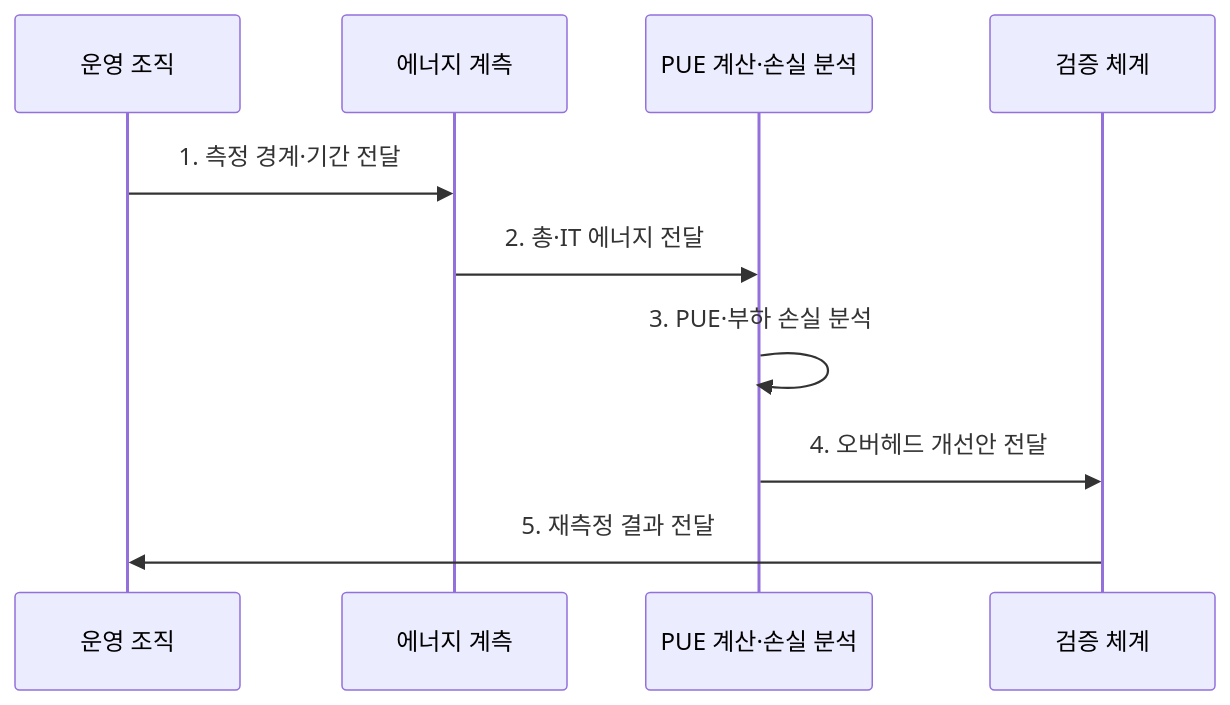
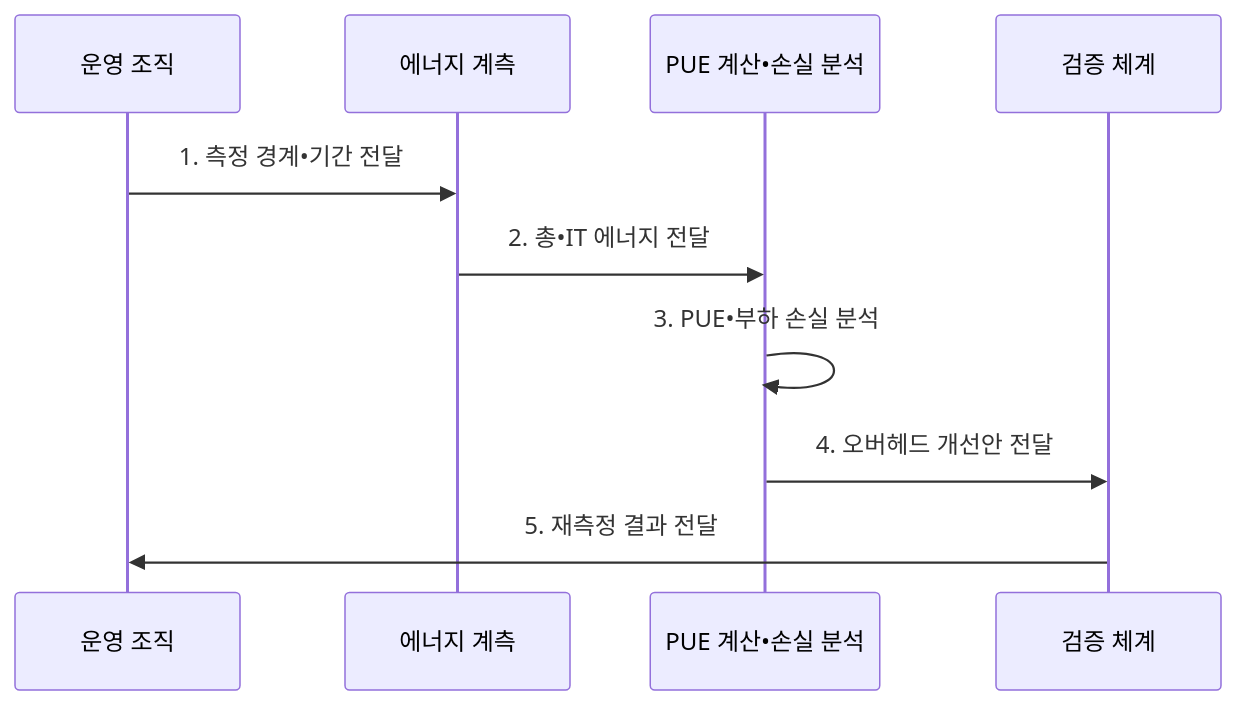
One commit to agnusdei1207/knowledge-base changed the second of 2 diagrams in src/content/docs/notes/08-latest-tech/198_power_usage_effectiveness.md. Above: the diagram before and after it, drawn with Mermaid. The commit also changed other lines of this file and 953 other files, not shown here.

````diff
--- a/src/content/docs/notes/08-latest-tech/198_power_usage_effectiveness.md
+++ b/src/content/docs/notes/08-latest-tech/198_power_usage_effectiveness.md
@@ -103,12 +103,12 @@
 ```mermaid
 sequenceDiagram
   participant O as 운영 조직
   participant M as 에너지 계측
-    participant C as PUE 계산·손실 분석
+    participant C as PUE 계산•손실 분석
   participant V as 검증 체계
-  O->>M: 1. 측정 경계·기간 전달
-  M->>C: 2. 총·IT 에너지 전달
-    C->>C: 3. PUE·부하 손실 분석
+  O->>M: 1. 측정 경계•기간 전달
+  M->>C: 2. 총•IT 에너지 전달
+    C->>C: 3. PUE•부하 손실 분석
     C->>V: 4. 오버헤드 개선안 전달
   V->>O: 5. 재측정 결과 전달
 ```
````
